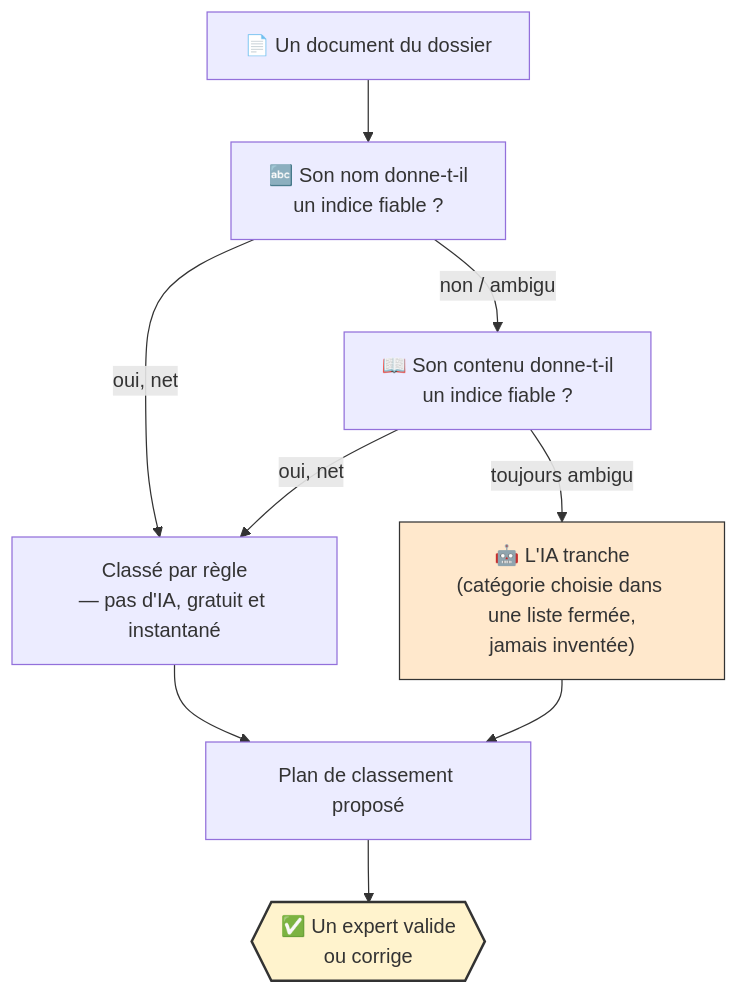
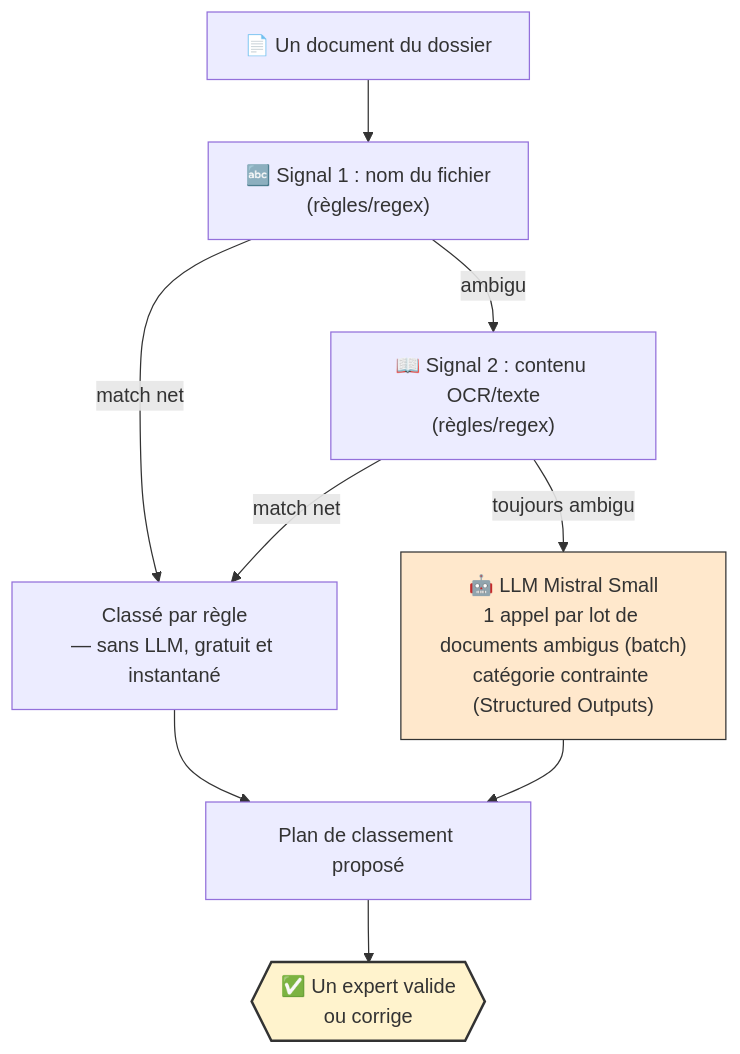
One commit to louisclzzzzzzz/AOP-app-v2 changed the third of 10 diagrams in docs/presentation/01_DIAGRAMMES_MERMAID.md. Above: the diagram before and after it, drawn with Mermaid. The commit also changed other lines of this file, not shown here.

First line of the commit message:
Rend les diagrammes Mermaid un peu plus techniques

````diff
--- a/docs/presentation/01_DIAGRAMMES_MERMAID.md
+++ b/docs/presentation/01_DIAGRAMMES_MERMAID.md
@@ -54,14 +57,14 @@
 ```mermaid
 flowchart TD
-    DOC["📄 Un document du dossier"] --> S1["🔤 Son nom donne-t-il<br/>un indice fiable ?"]
-    S1 -->|oui, net| RULE["Classé par règle<br/>— pas d'IA, gratuit et instantané"]
-    S1 -->|"non / ambigu"| S2["📖 Son contenu donne-t-il<br/>un indice fiable ?"]
-    S2 -->|oui, net| RULE
-    S2 -->|"toujours ambigu"| IA["🤖 L'IA tranche<br/>(catégorie choisie dans une liste fermée,<br/>jamais inventée)"]
+    DOC["📄 Un document du dossier"] --> S1["🔤 Signal 1 : nom du fichier<br/>(règles/regex)"]
+    S1 -->|match net| RULE["Classé par règle<br/>— sans LLM, gratuit et instantané"]
+    S1 -->|"ambigu"| S2["📖 Signal 2 : contenu OCR/texte<br/>(règles/regex)"]
+    S2 -->|match net| RULE
+    S2 -->|"toujours ambigu"| IA["🤖 LLM Mistral Small<br/>1 appel par lot de documents ambigus (batch)<br/>catégorie contrainte (Structured Outputs)"]
     RULE --> PLAN["Plan de classement proposé"]
     IA --> PLAN
     PLAN --> CP{{"✅ Un expert valide<br/>ou corrige"}}
 
     style CP fill:#fff3cd,stroke:#333,stroke-width:2px
     style IA fill:#ffe8cc,stroke:#333
 ```
````
